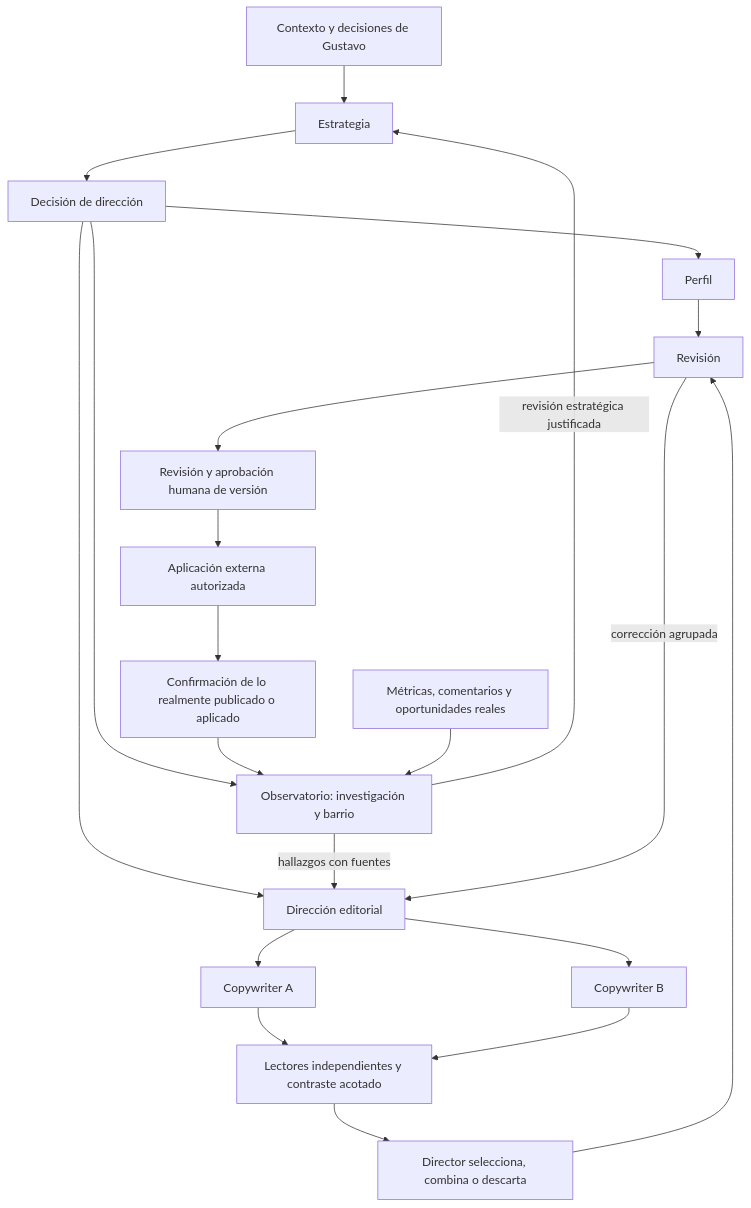
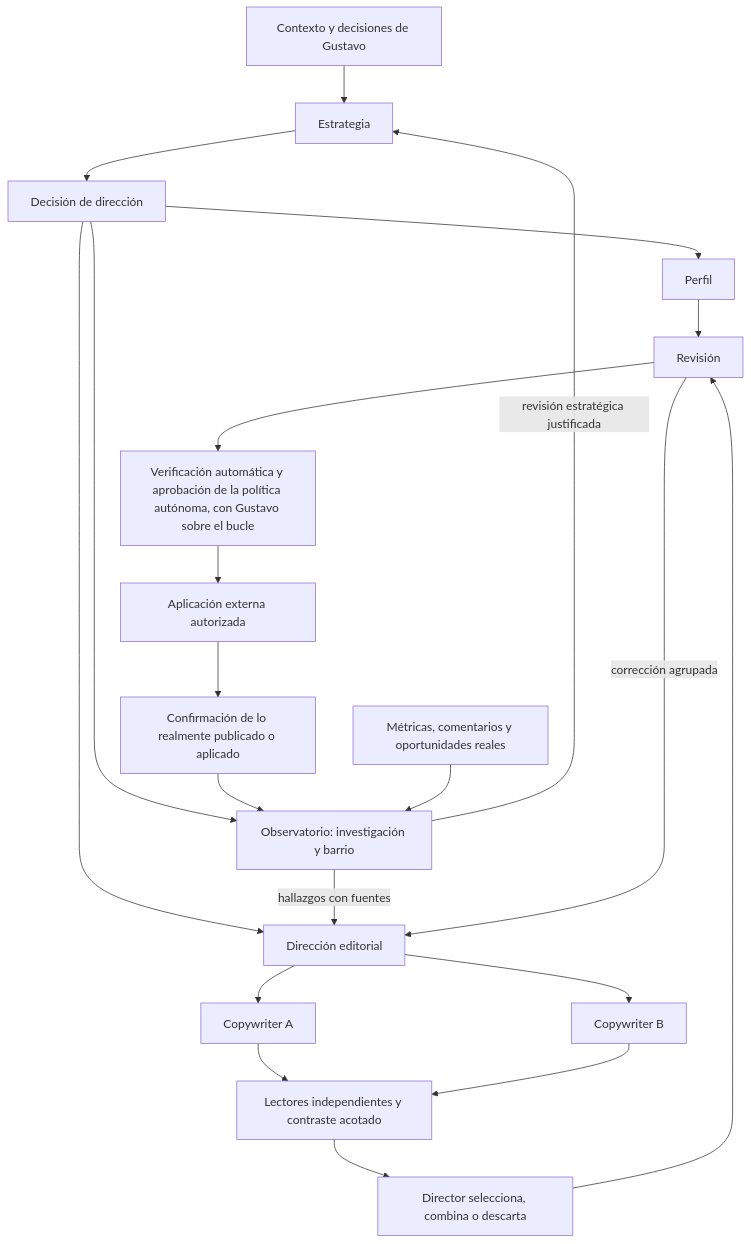
The diagram in agentes-linkedin/infra/docs/circuitos-equipo.md (gustavop-dev/barrio-ai), drawn with Mermaid before and after one commit. The commit also changed other lines of this file and 23 other files, not shown here.

````diff
--- a/agentes-linkedin/infra/docs/circuitos-equipo.md
+++ b/agentes-linkedin/infra/docs/circuitos-equipo.md
@@ -13,23 +13,23 @@
 ```mermaid
 flowchart TD
     U[Contexto y decisiones de Gustavo] --> S[Estrategia]
     S --> H1[Decisión de dirección]
     H1 --> P[Perfil]
     H1 --> O[Observatorio: investigación y barrio]
     H1 --> E[Dirección editorial]
     O -->|hallazgos con fuentes| E
     O -->|revisión estratégica justificada| S
     E --> A[Copywriter A]
     E --> B[Copywriter B]
     A --> L[Lectores independientes y contraste acotado]
     B --> L
     L --> D[Director selecciona, combina o descarta]
     D --> R[Revisión]
     P --> R
     R -->|corrección agrupada| E
-    R --> H2[Revisión y aprobación humana de versión]
+    R --> H2[Verificación automática y aprobación de la política autónoma, con Gustavo sobre el bucle]
     H2 --> X[Aplicación externa autorizada]
     X --> V[Confirmación de lo realmente publicado o aplicado]
     V --> O
     Z[Métricas, comentarios y oportunidades reales] --> O
 ```
````
